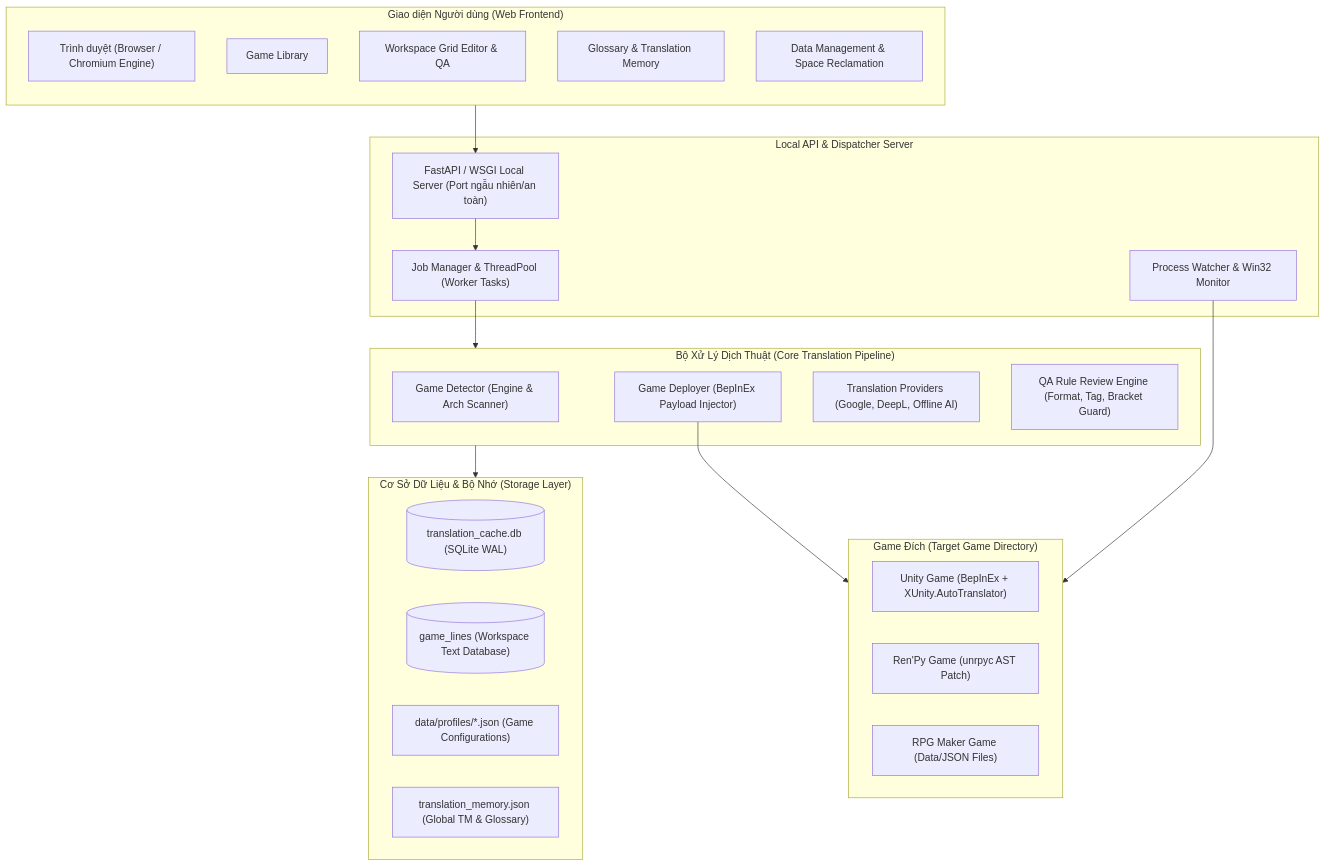
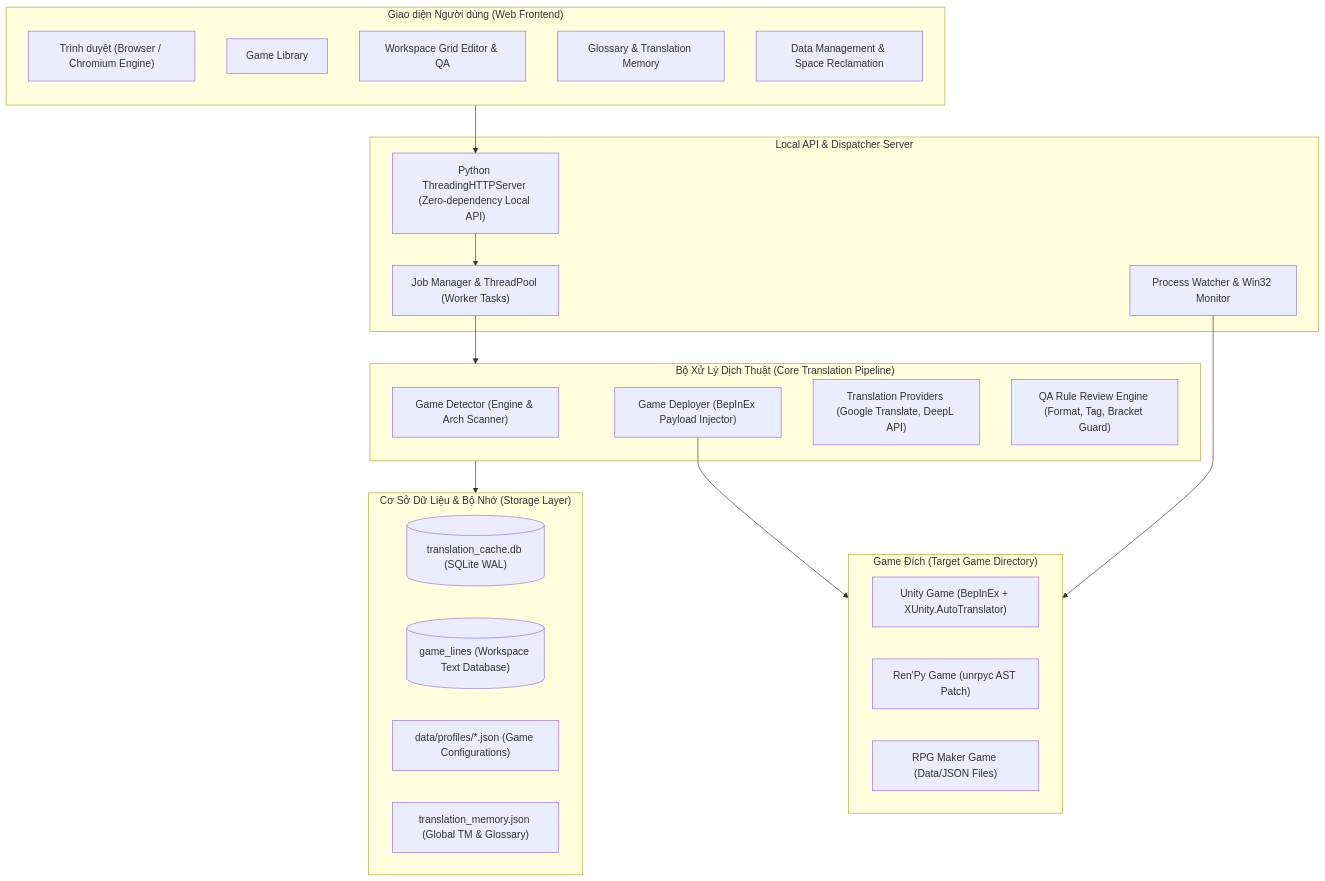
The first of 2 diagrams in README.md (danhdz07082005/AutoTranslatorManager), drawn with Mermaid before and after one commit. The commit also changed other lines of this file, not shown here.

````diff
--- a/README.md
+++ b/README.md
@@ -104,44 +105,45 @@
 ```mermaid
 flowchart TB
     subgraph UI_Layer ["Giao diện Người dùng (Web Frontend)"]
         direction TB
         Browser["Trình duyệt (Browser / Chromium Engine)"]
         UI_Games["Game Library"]
         UI_Editor["Workspace Grid Editor & QA"]
         UI_TM["Glossary & Translation Memory"]
         UI_Data["Data Management & Space Reclamation"]
     end
 
     subgraph Server_Layer ["Local API & Dispatcher Server"]
-        HTTP_Server["FastAPI / WSGI Local Server (Port ngẫu nhiên/an toàn)"]
+        HTTP_Server["Python ThreadingHTTPServer (Zero-dependency Local API)"]
         Job_Mgr["Job Manager & ThreadPool (Worker Tasks)"]
         Watcher["Process Watcher & Win32 Monitor"]
     end
 
     subgraph Core_Pipeline ["Bộ Xử Lý Dịch Thuật (Core Translation Pipeline)"]
         Detector["Game Detector (Engine & Arch Scanner)"]
         Deployer["Game Deployer (BepInEx Payload Injector)"]
-        Translators["Translation Providers (Google, DeepL, Offline AI)"]
+        Translators["Translation Providers (Google Translate, DeepL API)"]
         QA_Engine["QA Rule Review Engine (Format, Tag, Bracket Guard)"]
     end
+
 
     subgraph Storage_Layer ["Cơ Sở Dữ Liệu & Bộ Nhớ (Storage Layer)"]
         SQLite_Cache[("translation_cache.db (SQLite WAL)")]
         SQLite_Lines[("game_lines (Workspace Text Database)")]
         JSON_Profiles["data/profiles/*.json (Game Configurations)"]
         JSON_TM["translation_memory.json (Global TM & Glossary)"]
     end
 
     subgraph Target_Game ["Game Đích (Target Game Directory)"]
         Unity_Game["Unity Game (BepInEx + XUnity.AutoTranslator)"]
         Renpy_Game["Ren'Py Game (unrpyc AST Patch)"]
         RPGMaker_Game["RPG Maker Game (Data/JSON Files)"]
     end
 
     Browser --> HTTP_Server
     HTTP_Server --> Job_Mgr
     Job_Mgr --> Core_Pipeline
     Core_Pipeline --> Storage_Layer
     Deployer --> Target_Game
     Watcher --> Target_Game
 ```
````
